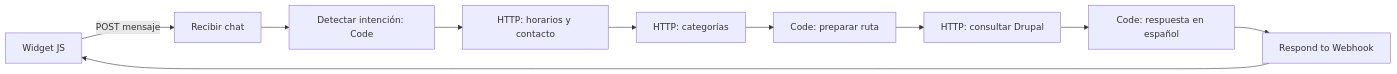
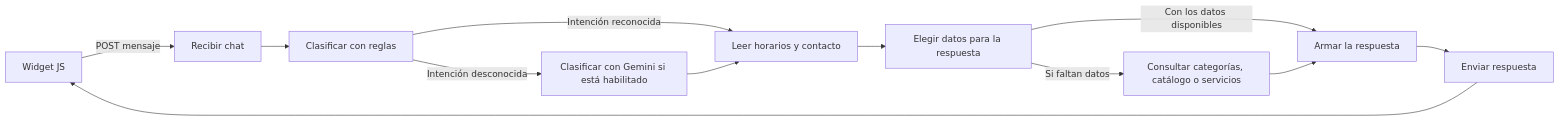
Before and after one commit to Yords-Williams/balto-veterinaria-proyecto: the diagram in docs/fase-6.md, drawn with Mermaid. The commit also changed other lines of this file and 17 other files, not shown here.

````diff
--- a/docs/fase-6.md
+++ b/docs/fase-6.md
@@ -82,12 +82,14 @@
 ```mermaid
 flowchart LR
   Widget[Widget JS] -->|POST mensaje| Webhook[Recibir chat]
-  Webhook --> Reglas[Detectar intención: Code]
-  Reglas --> Contacto[HTTP: horarios y contacto]
-  Contacto --> Categorias[HTTP: categorías]
-  Categorias --> Plan[Code: preparar ruta]
-  Plan --> Consulta[HTTP: consultar Drupal]
-  Consulta --> Espanol[Code: respuesta en español]
-  Espanol --> Responder[Respond to Webhook]
+  Webhook --> Reglas[Clasificar con reglas]
+  Reglas -->|Intención desconocida| Gemini[Clasificar con Gemini si está habilitado]
+  Reglas -->|Intención reconocida| Contacto[Leer horarios y contacto]
+  Gemini --> Contacto
+  Contacto --> Plan[Elegir datos para la respuesta]
+  Plan -->|Si faltan datos| Consulta[Consultar categorías, catálogo o servicios]
+  Plan -->|Con los datos disponibles| Espanol[Armar la respuesta]
+  Consulta --> Espanol
+  Espanol --> Responder[Enviar respuesta]
   Responder --> Widget
 ```
````
